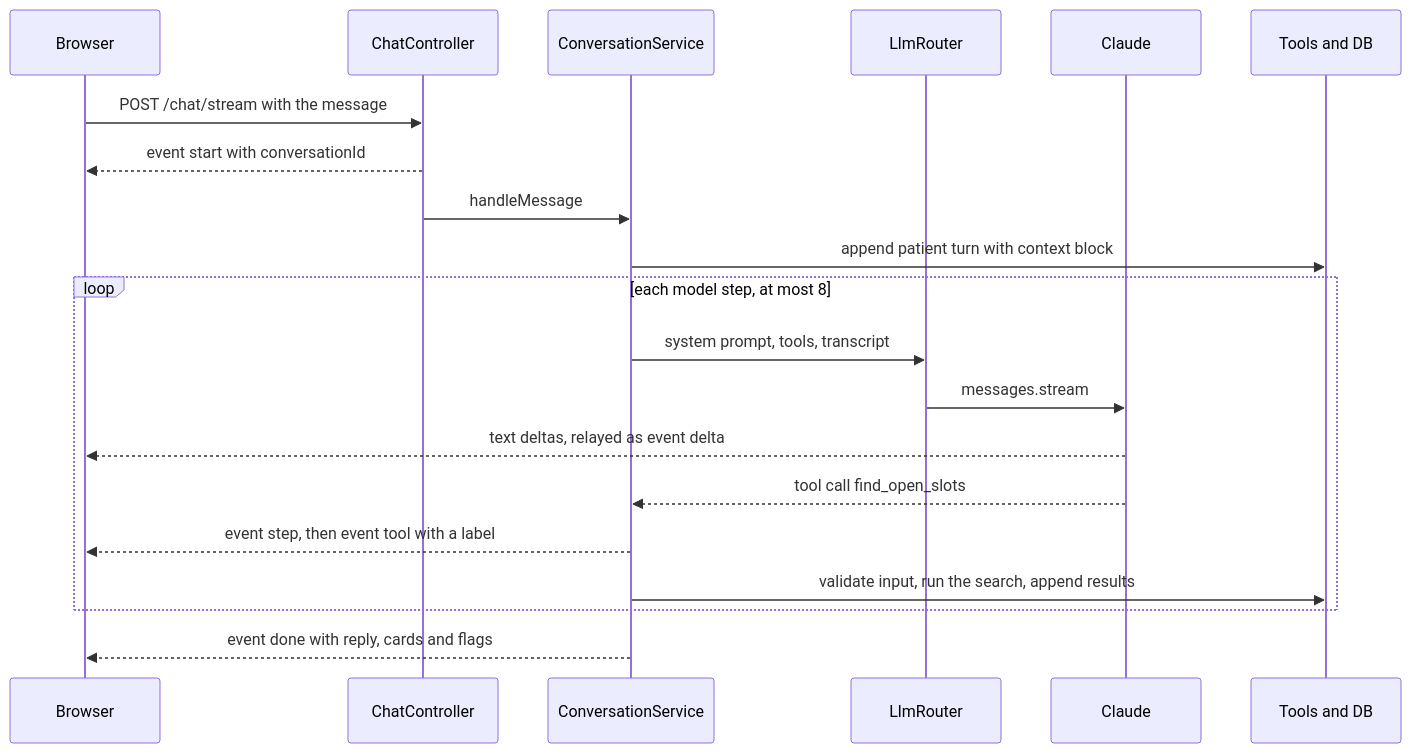
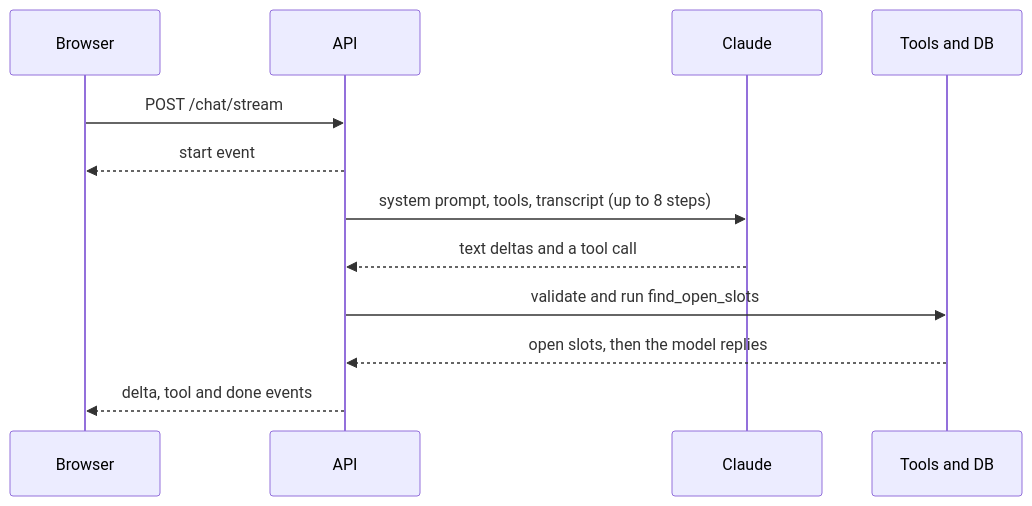
The second of 2 diagrams in README.md (FKande/smile-desk), drawn with Mermaid before and after one commit. The commit also changed other lines of this file, not shown here.

````diff
--- a/README.md
+++ b/README.md
@@ -109,23 +55,14 @@
 ```mermaid
 sequenceDiagram
   participant B as Browser
-  participant C as ChatController
-  participant S as ConversationService
-  participant R as LlmRouter
+  participant A as API
   participant M as Claude
   participant T as Tools and DB
-
-  B->>C: POST /chat/stream with the message
-  C-->>B: event start with conversationId
-  C->>S: handleMessage
-  S->>T: append patient turn with context block
-  loop each model step, at most 8
-    S->>R: system prompt, tools, transcript
-    R->>M: messages.stream
-    M-->>B: text deltas, relayed as event delta
-    M-->>S: tool call find_open_slots
-    S-->>B: event step, then event tool with a label
-    S->>T: validate input, run the search, append results
-  end
-  S-->>B: event done with reply, cards and flags
+  B->>A: POST /chat/stream
+  A-->>B: start event
+  A->>M: system prompt, tools, transcript (up to 8 steps)
+  M-->>A: text deltas and a tool call
+  A->>T: validate and run find_open_slots
+  T-->>A: open slots, then the model replies
+  A-->>B: delta, tool and done events
 ```
````
